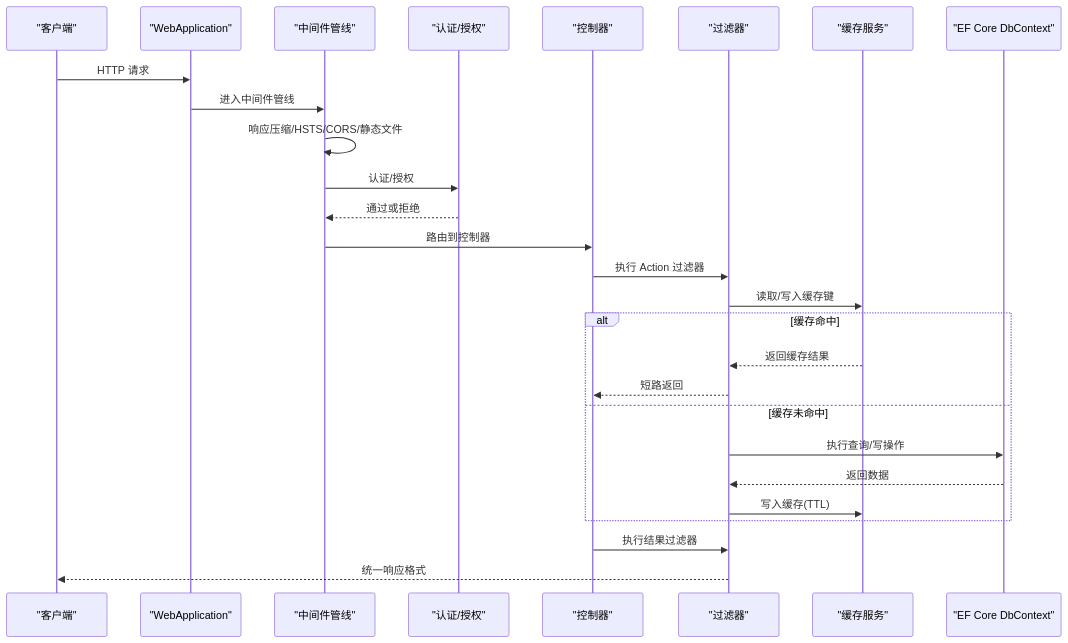
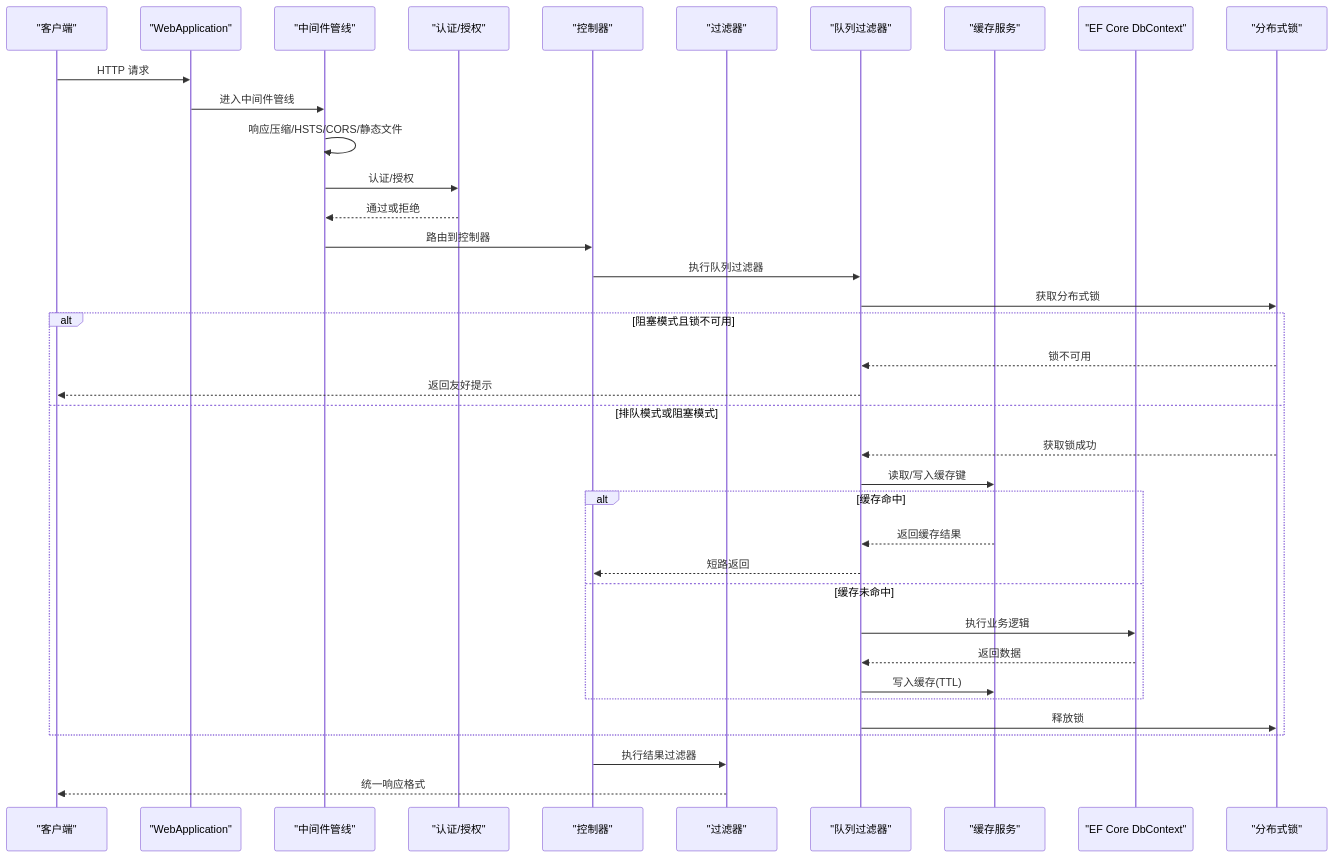
Before and after one commit to junkai-li/NetCoreKevin: the second of 10 diagrams in .qoder/repowiki/zh/content/部署运维/性能优化.md, drawn with Mermaid. The commit also changed other lines of this file and 45 other files, not shown here.

````diff
--- a/.qoder/repowiki/zh/content/部署运维/性能优化.md
+++ b/.qoder/repowiki/zh/content/部署运维/性能优化.md
@@ -98,29 +115,39 @@
 ```mermaid
 sequenceDiagram
 participant Client as "客户端"
 participant App as "WebApplication"
 participant MW as "中间件管线"
 participant Auth as "认证/授权"
 participant Ctrl as "控制器"
 participant Filter as "过滤器"
+participant QLF as "队列过滤器"
 participant Cache as "缓存服务"
 participant DB as "EF Core DbContext"
+participant Lock as "分布式锁"
 Client->>App : HTTP 请求
 App->>MW : 进入中间件管线
 MW->>MW : 响应压缩/HSTS/CORS/静态文件
 MW->>Auth : 认证/授权
 Auth-->>MW : 通过或拒绝
 MW->>Ctrl : 路由到控制器
-Ctrl->>Filter : 执行 Action 过滤器
-Filter->>Cache : 读取/写入缓存键
+Ctrl->>QLF : 执行队列过滤器
+QLF->>Lock : 获取分布式锁
+alt 阻塞模式且锁不可用
+Lock-->>QLF : 锁不可用
+QLF-->>Client : 返回友好提示
+else 排队模式或阻塞模式
+Lock-->>QLF : 获取锁成功
+QLF->>Cache : 读取/写入缓存键
 alt 缓存命中
-Cache-->>Filter : 返回缓存结果
-Filter-->>Ctrl : 短路返回
+Cache-->>QLF : 返回缓存结果
+QLF-->>Ctrl : 短路返回
 else 缓存未命中
-Filter->>DB : 执行查询/写操作
-DB-->>Filter : 返回数据
-Filter->>Cache : 写入缓存(TTL)
+QLF->>DB : 执行业务逻辑
+DB-->>QLF : 返回数据
+QLF->>Cache : 写入缓存(TTL)
+end
+QLF->>Lock : 释放锁
 end
 Ctrl->>Filter : 执行结果过滤器
 Filter-->>Client : 统一响应格式
 ```
````
